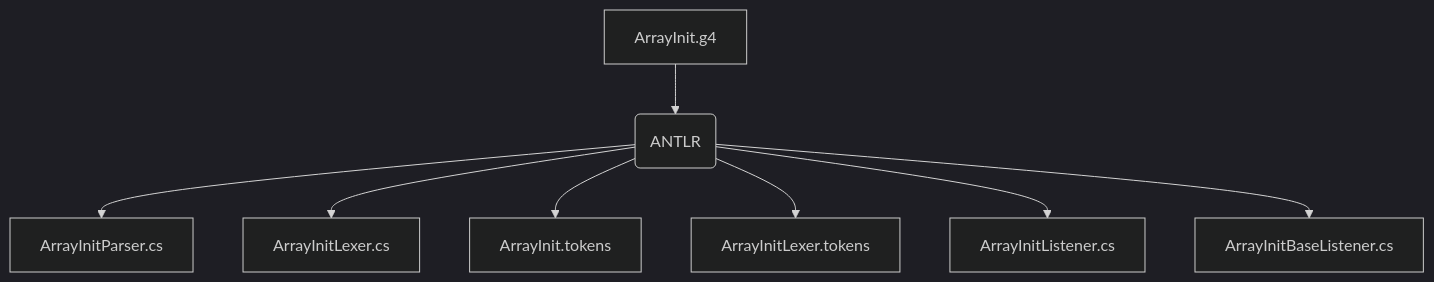
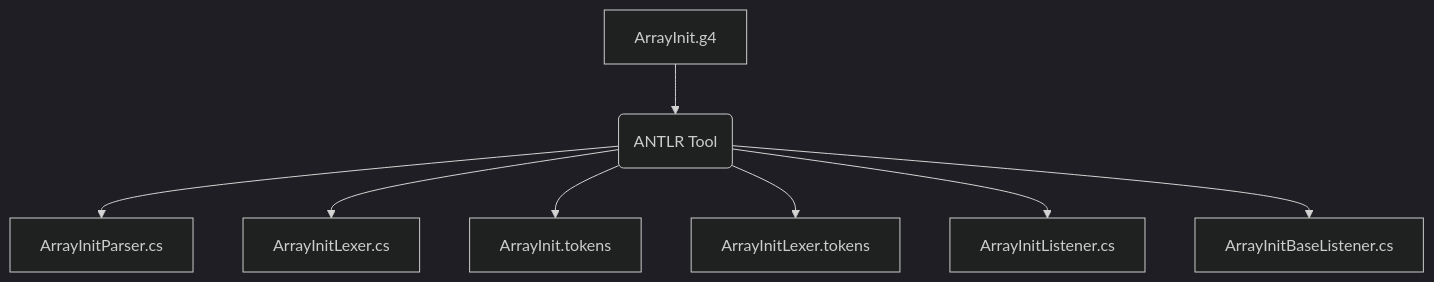
The diagram in Reefact.BookExamples.Antlr4/Chapter_03/1/ReadMe.md (Reefact/antlr4-book-examples), drawn with Mermaid (dark theme) before and after one commit.

Commit message:
fix mermaid diagram

````diff
--- a/Reefact.BookExamples.Antlr4/Chapter_03/1/ReadMe.md
+++ b/Reefact.BookExamples.Antlr4/Chapter_03/1/ReadMe.md
@@ -17,10 +17,10 @@
 ```mermaid
 graph TB
-	1["ArrayInit.g4"] --> 2("ANTLR"):::generated
+	1["ArrayInit.g4"] --> 2("ANTLR Tool"):::generated
 	2 --> 3["ArrayInitParser.cs"]
 	2 --> 4["ArrayInitLexer.cs"]
 	2 --> 5["ArrayInit.tokens"]
 	2 --> 6["ArrayInitLexer.tokens"]
 	2 --> 7["ArrayInitListener.cs"]
 	2 --> 8["ArrayInitBaseListener.cs"]
 ```
````
